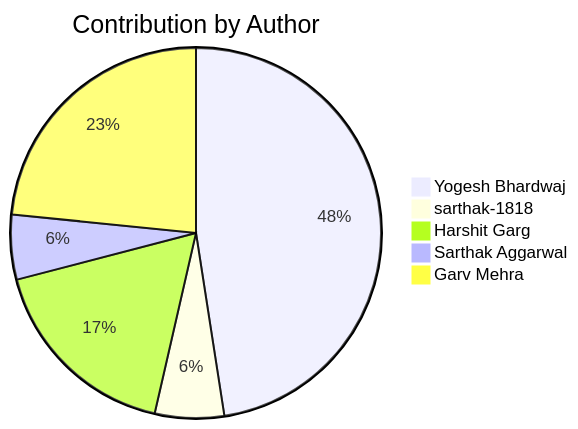
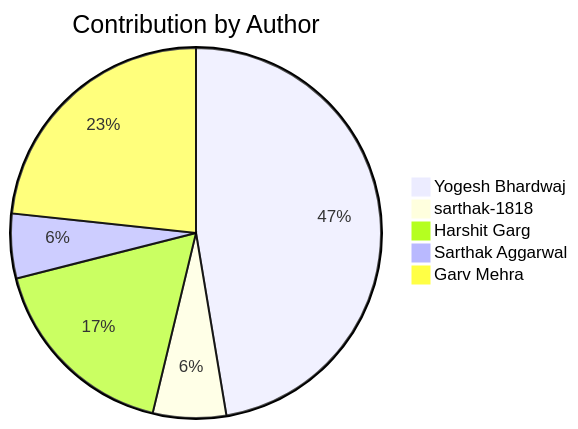
Before and after one commit to Yogesh-Bhardwaj-hue/Scm-Final_2.0: the second of 2 diagrams in README.md, drawn with Mermaid. The commit also changed other lines of this file, not shown here.

Commit message:
nFYfXYfbcj9e

````diff
--- a/README.md
+++ b/README.md
@@ -190,8 +190,8 @@
 ```mermaid
 pie title Contribution by Author
     "Yogesh Bhardwaj": 126
-    "sarthak-1818": 16
+    "sarthak-1818": 17
     "Harshit Garg": 46
     "Sarthak Aggarwal": 15
     "Garv Mehra": 62
 ```
````
